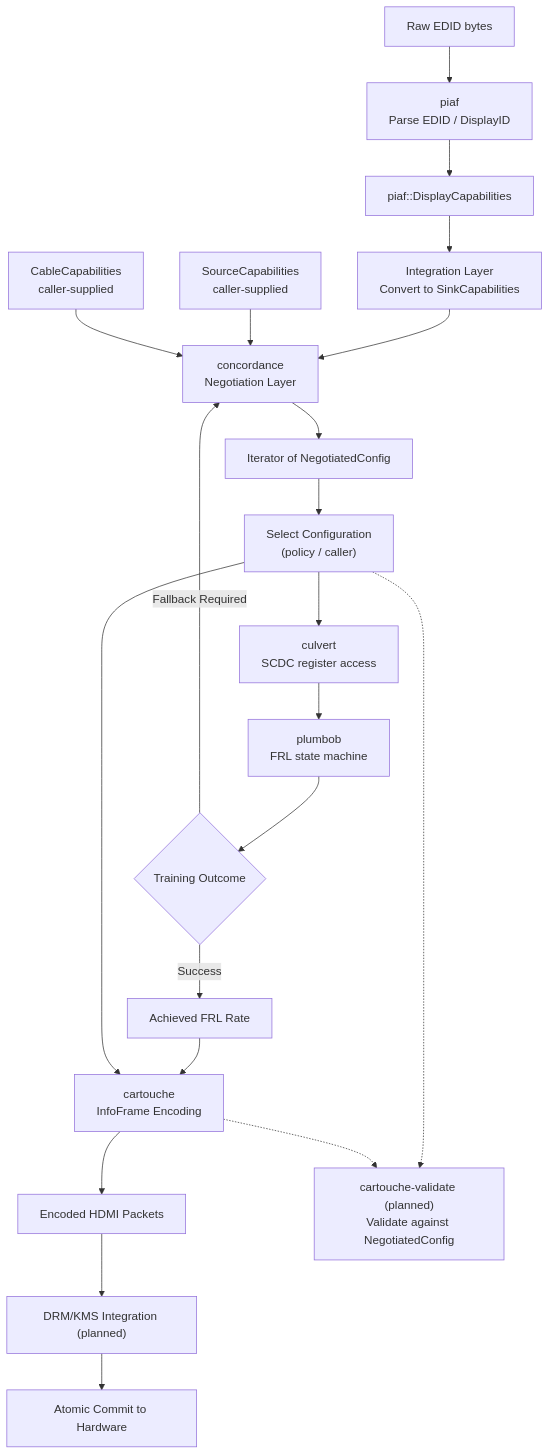
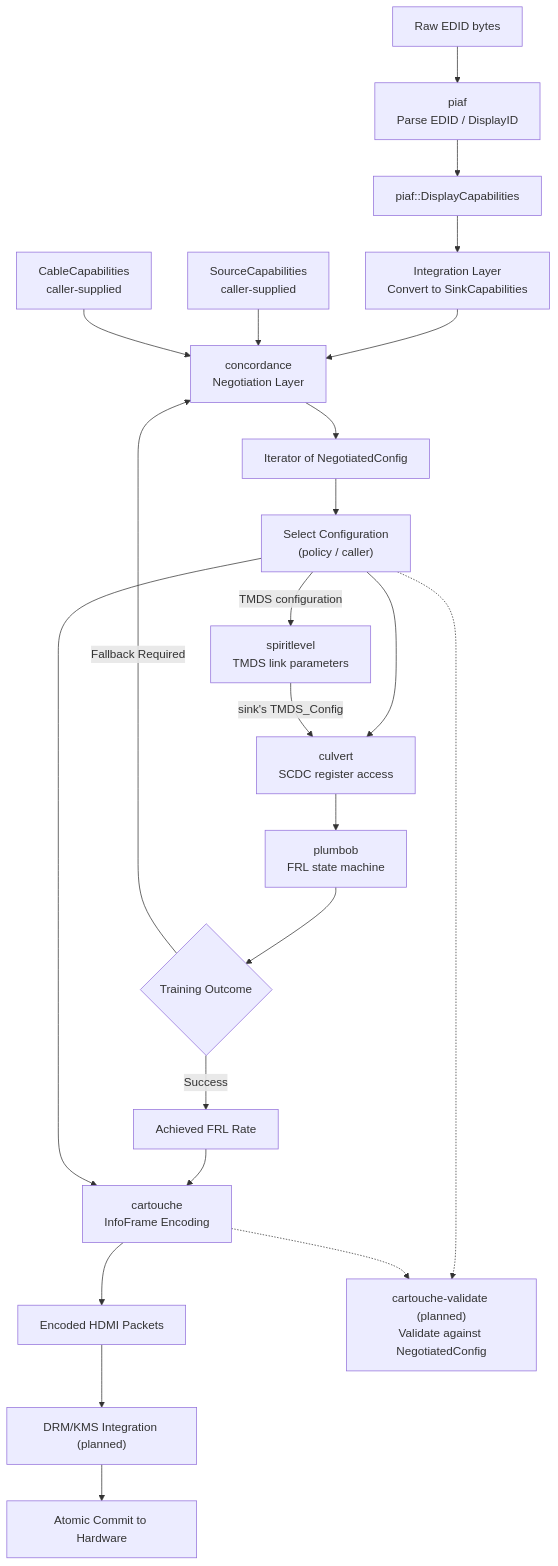
One commit to ashlar-display/ashlar-display.github.io changed the diagram in src/stack.md. Above: the diagram before and after it, drawn with Mermaid. The commit also changed other lines of this file and 3 other files, not shown here.

````diff
--- a/src/stack.md
+++ b/src/stack.md
@@ -39,29 +41,31 @@
 ```mermaid
 flowchart TD
 A[Raw EDID bytes] --> B["piaf <br> Parse EDID / DisplayID"]
 B --> C[piaf::DisplayCapabilities]
 C --> C2["Integration Layer<br>Convert to SinkCapabilities"]
 C2 --> D["concordance <br>Negotiation Layer"]
 
     E["SourceCapabilities<br>caller-supplied"] --> D
     F["CableCapabilities<br>caller-supplied"] --> D
 
     D --> G[Iterator of NegotiatedConfig]
     G --> H["Select Configuration<br>(policy / caller)"]
 
     H --> I["culvert <br>SCDC register access"]
+    H -->|TMDS configuration| T["spiritlevel <br>TMDS link parameters"]
+    T -->|"sink's TMDS_Config"| I
     I --> I2["plumbob <br>FRL state machine"]
     I2 --> J{Training Outcome}
 
     J -->|Success| K[Achieved FRL Rate]
     J -->|Fallback Required| D
 
     K --> L["cartouche <br>InfoFrame Encoding"]
     H --> L
     L --> M[Encoded HDMI Packets]
     H -.-> LV["cartouche-validate (planned)<br>Validate against NegotiatedConfig"]
     L -.-> LV
 
     M --> N["DRM/KMS Integration (planned)"]
     N --> O[Atomic Commit to Hardware]
 ```
````
